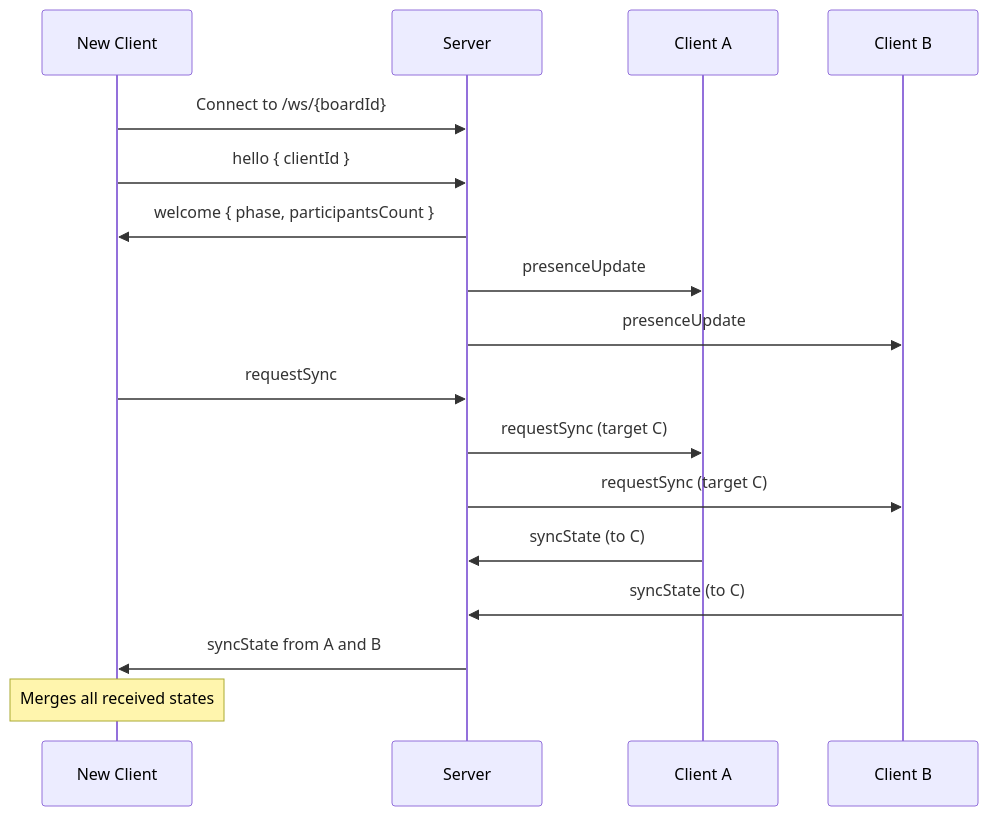
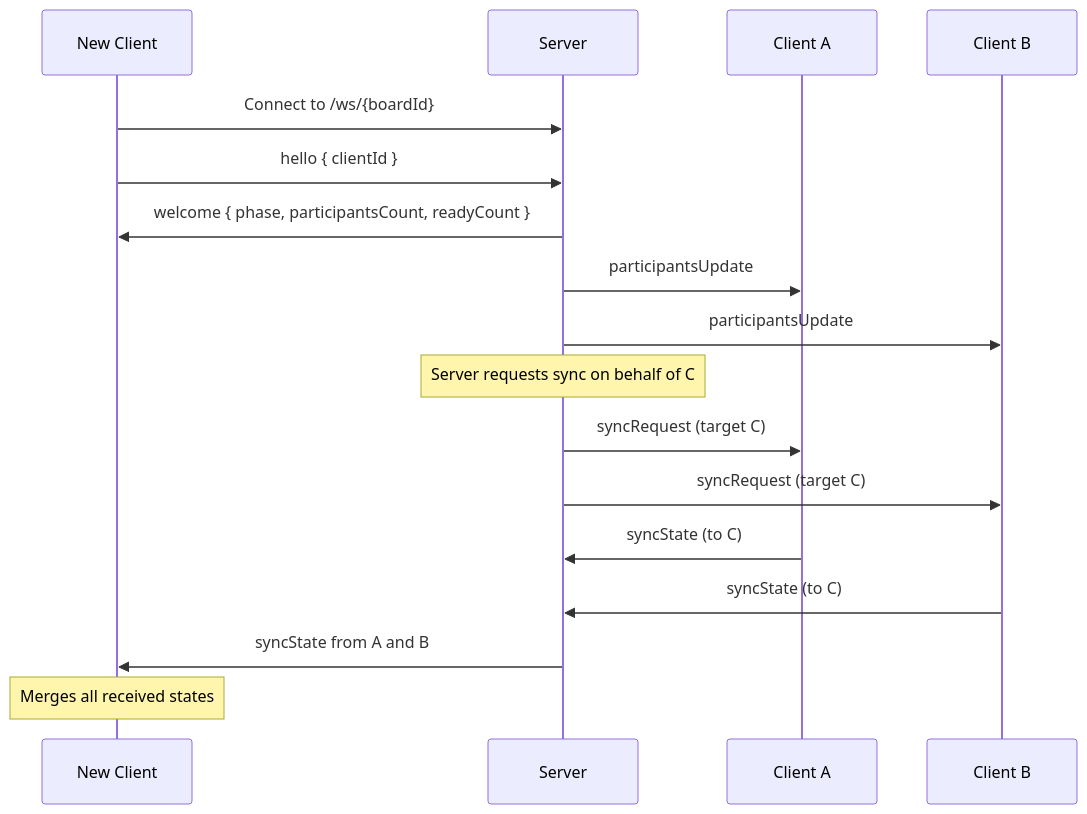
One commit to yoannchaudet/delta-board changed the first of 4 diagrams in docs/PROTOCOL.md. Above: the diagram before and after it, drawn with Mermaid. The commit also changed other lines of this file, not shown here.

````diff
--- a/docs/PROTOCOL.md
+++ b/docs/PROTOCOL.md
@@ -38,22 +34,22 @@
 ```mermaid
 sequenceDiagram
     participant C as New Client
     participant S as Server
     participant A as Client A
     participant B as Client B
 
     C->>S: Connect to /ws/{boardId}
     C->>S: hello { clientId }
-    S->>C: welcome { phase, participantsCount }
+    S->>C: welcome { phase, participantsCount, readyCount }
 
-    S->>A: presenceUpdate
-    S->>B: presenceUpdate
+    S->>A: participantsUpdate
+    S->>B: participantsUpdate
 
-    C->>S: requestSync
-    S->>A: requestSync (target C)
-    S->>B: requestSync (target C)
+    Note over S: Server requests sync on behalf of C
+    S->>A: syncRequest (target C)
+    S->>B: syncRequest (target C)
     A->>S: syncState (to C)
     B->>S: syncState (to C)
     S->>C: syncState from A and B
     Note over C: Merges all received states
 ```
````
